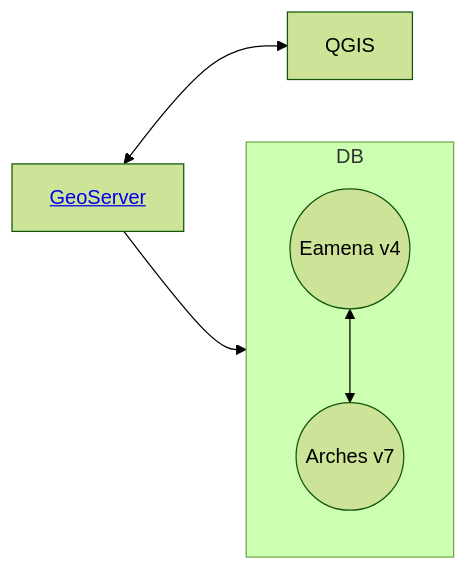
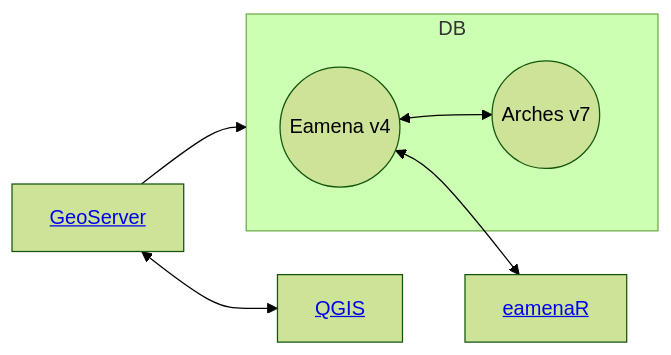
The first of 2 diagrams in training/README.md (eamena-project/eamena-arches-dev), drawn with Mermaid (forest theme) before and after one commit. The commit also changed other lines of this file, not shown here.

````diff
--- a/training/README.md
+++ b/training/README.md
@@ -10,8 +10,9 @@
 ```mermaid
 flowchart LR
   subgraph DB
   id1((Eamena v4))<-->id2((Arches v7));
   end
   id3[<a href='https://github.com/eamena-project/eamena-arches-dev/tree/main/geoserver'>GeoServer</a>]-->DB;
-  id3 <--> id4[QGIS]
+  id3 <--> id4[<a href='https://github.com/eamena-project/eamena-arches-dev/tree/main/gis/qgis'>QGIS</a>];
+  id1 <--> id5[<a href='https://github.com/eamena-project/eamenaR'>eamenaR</a>];
 ```
````
